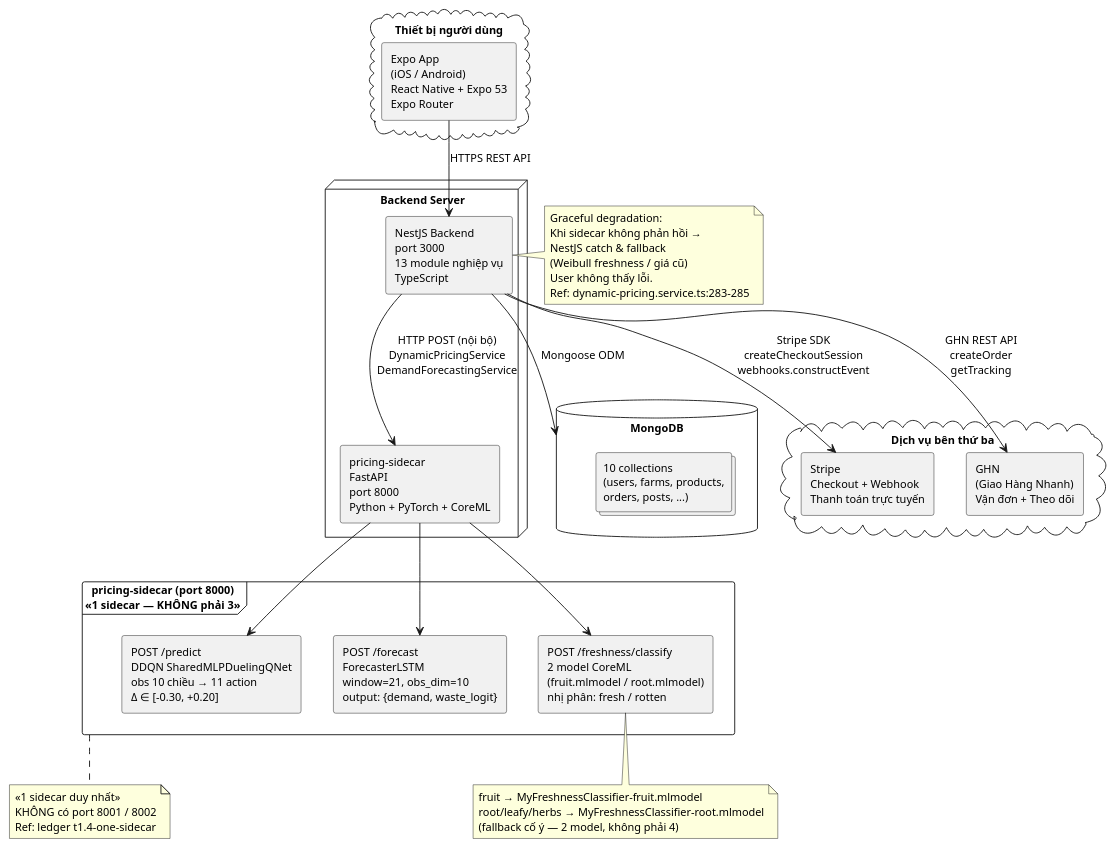
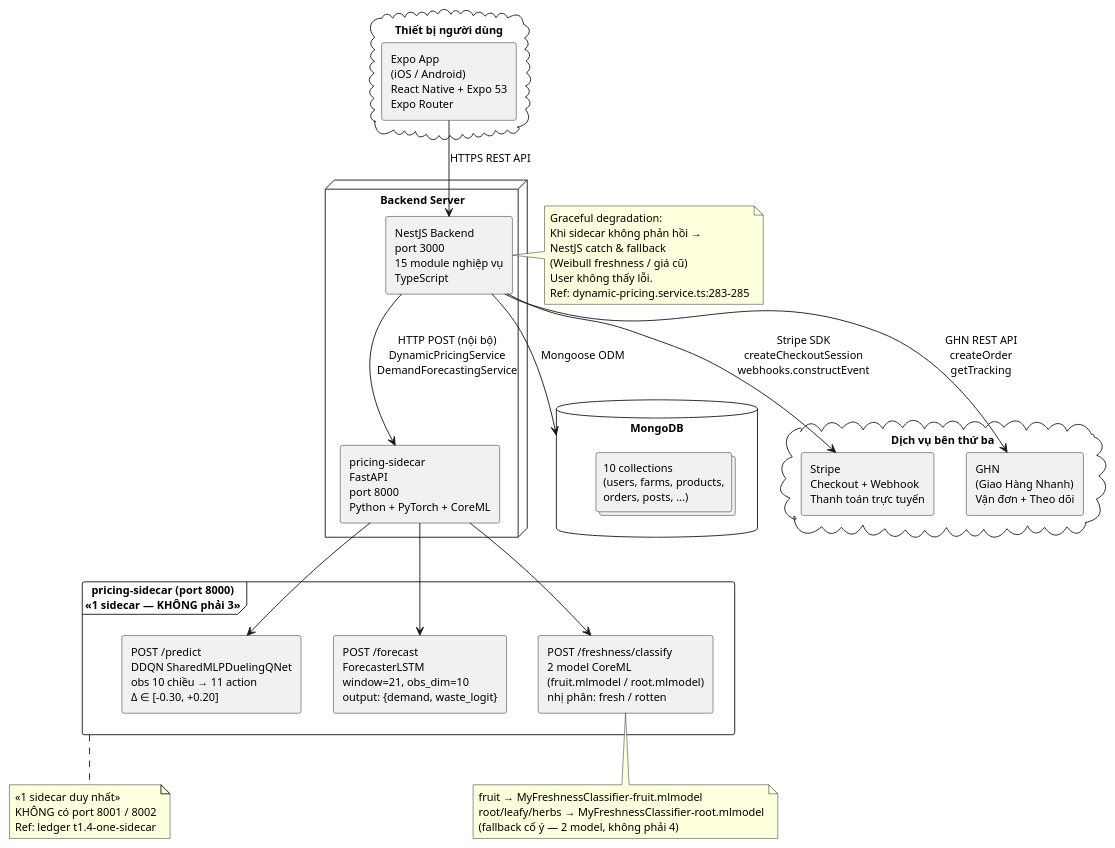
One commit to Nanhhhhhhh/f2t changed the diagram in docs/thesis/final/diagrams/deployment-architecture.puml. Above: the diagram before and after it, drawn with PlantUML. The commit also changed 3 other files, not shown here.

```diff
--- a/docs/thesis/final/diagrams/deployment-architecture.puml
+++ b/docs/thesis/final/diagrams/deployment-architecture.puml
@@ -2,64 +2,64 @@
 @startuml deployment-architecture
 ' Kiến trúc triển khai F2T
 ' 1 sidecar duy nhất (pricing-sidecar, port 8000, 3 endpoint)
 ' Nguồn: f2t-backend/src/app.module.ts:57; pricing-sidecar/main.py; ledger t1.4-one-sidecar
 
 skinparam componentStyle rectangle
 skinparam defaultFontSize 12
 
 cloud "Thiết bị người dùng" {
   component "Expo App\n(iOS / Android)\nReact Native + Expo 53\nExpo Router" as mobileApp
 }
 
 node "Backend Server" {
-  component "NestJS Backend\nport 3000\n13 module nghiệp vụ\nTypeScript" as nestjs
+  component "NestJS Backend\nport 3000\n15 module nghiệp vụ\nTypeScript" as nestjs
   component "pricing-sidecar\nFastAPI\nport 8000\nPython + PyTorch + CoreML" as sidecar
 }
 
 database "MongoDB" as mongodb {
   collections "10 collections\n(users, farms, products,\norders, posts, ...)" as cols
 }
 
 cloud "Dịch vụ bên thứ ba" {
   component "Stripe\nCheckout + Webhook\nThanh toán trực tuyến" as stripe
   component "GHN\n(Giao Hàng Nhanh)\nVận đơn + Theo dõi" as ghn
 }
 
 frame "pricing-sidecar (port 8000)\n«1 sidecar — KHÔNG phải 3»" as sidecarFrame {
   component "POST /predict\nDDQN SharedMLPDuelingQNet\nobs 10 chiều → 11 action\nΔ ∈ [-0.30, +0.20]" as predictEp
   component "POST /forecast\nForecasterLSTM\nwindow=21, obs_dim=10\noutput: {demand, waste_logit}" as forecastEp
   component "POST /freshness/classify\n2 model CoreML\n(fruit.mlmodel / root.mlmodel)\nnhị phân: fresh / rotten" as freshnessEp
 }
 
 mobileApp --> nestjs : "HTTPS REST API"
 nestjs --> mongodb : "Mongoose ODM"
 nestjs --> sidecar : "HTTP POST (nội bộ)\nDynamicPricingService\nDemandForecastingService"
 nestjs --> stripe : "Stripe SDK\ncreateCheckoutSession\nwebhooks.constructEvent"
 nestjs --> ghn : "GHN REST API\ncreateOrder\ngetTracking"
 
 sidecar --> predictEp
 sidecar --> forecastEp
 sidecar --> freshnessEp
 
 note right of nestjs
   Graceful degradation:
   Khi sidecar không phản hồi →
   NestJS catch & fallback
   (Weibull freshness / giá cũ)
   User không thấy lỗi.
   Ref: dynamic-pricing.service.ts:283-285
 end note
 
 note bottom of sidecarFrame
   «1 sidecar duy nhất»
   KHÔNG có port 8001 / 8002
   Ref: ledger t1.4-one-sidecar
 end note
 
 note bottom of freshnessEp
   fruit → MyFreshnessClassifier-fruit.mlmodel
   root/leafy/herbs → MyFreshnessClassifier-root.mlmodel
   (fallback cố ý — 2 model, không phải 4)
 end note
 
 @enduml
```
